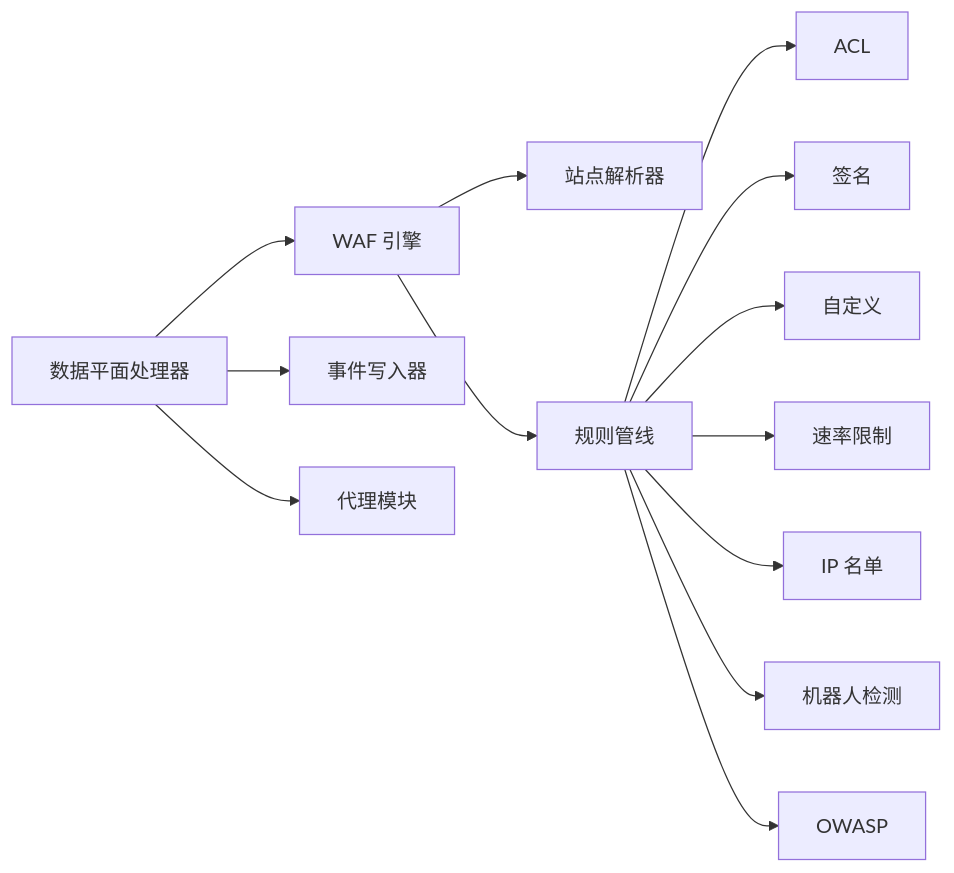
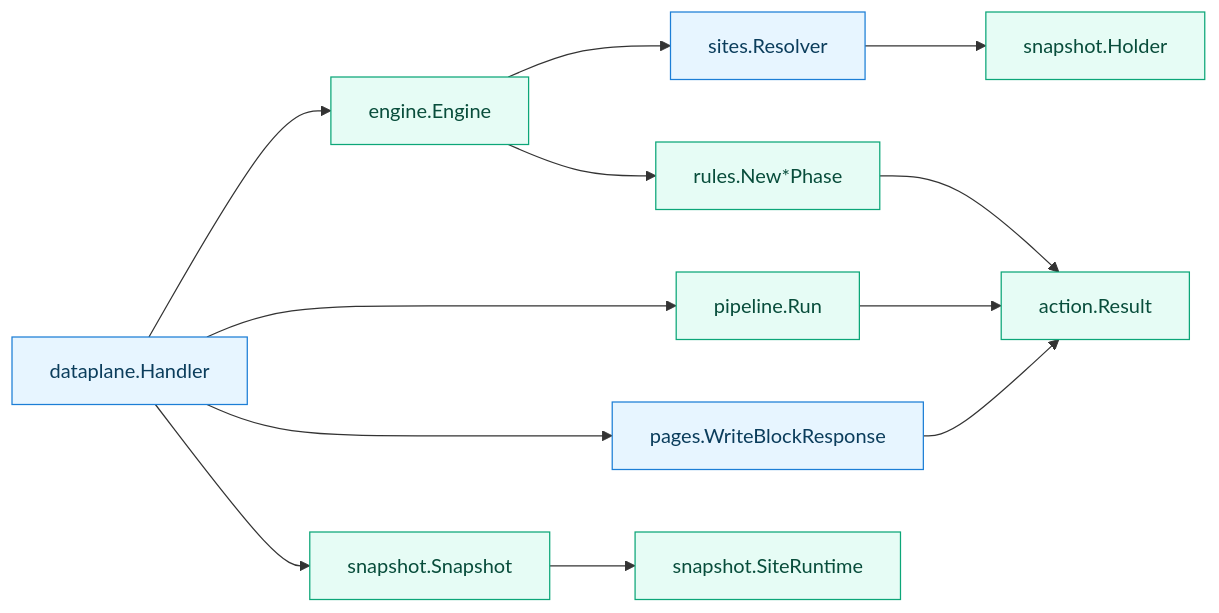
One commit to x01n/My-OpenWaf changed the eighth of 8 diagrams in docs/WAF 引擎系统/引擎核心架构/请求处理流程.md. Above: the diagram before and after it, drawn with Mermaid. The commit also changed other lines of this file and 622 other files, not shown here.

````diff
--- a/docs/WAF 引擎系统/引擎核心架构/请求处理流程.md
+++ b/docs/WAF 引擎系统/引擎核心架构/请求处理流程.md
@@ -320,15 +434,18 @@
 ```mermaid
 graph LR
-DP["数据平面处理器"] --> ENG["WAF 引擎"]
-DP --> EVT["事件写入器"]
-DP --> PRX["代理模块"]
-ENG --> RSLV["站点解析器"]
-ENG --> PIPE["规则管线"]
-PIPE --> PH1["ACL"]
-PIPE --> PH2["签名"]
-PIPE --> PH3["自定义"]
-PIPE --> PH4["速率限制"]
-PIPE --> PH5["IP 名单"]
-PIPE --> PH6["机器人检测"]
-PIPE --> PH7["OWASP"]
+DP["dataplane.Handler"] --> SN["snapshot.Snapshot"]
+DP --> ENG["engine.Engine"]
+DP --> PG["pages.WriteBlockResponse"]
+DP --> PIPE["pipeline.Run"]
+ENG --> RES["sites.Resolver"]
+ENG --> RULES["rules.New*Phase"]
+RES --> HOLD["snapshot.Holder"]
+RULES --> ACT["action.Result"]
+PIPE --> ACT
+PG --> ACT
+SN --> SITE["snapshot.SiteRuntime"]
+classDef dp fill:#e7f5ff,stroke:#1c7ed6,color:#0b3d5c
+classDef core fill:#e6fcf5,stroke:#0ca678,color:#084d3b
+class DP,RES,PG dp
+class SN,ENG,PIPE,RULES,ACT,HOLD,SITE core
 ```
````
